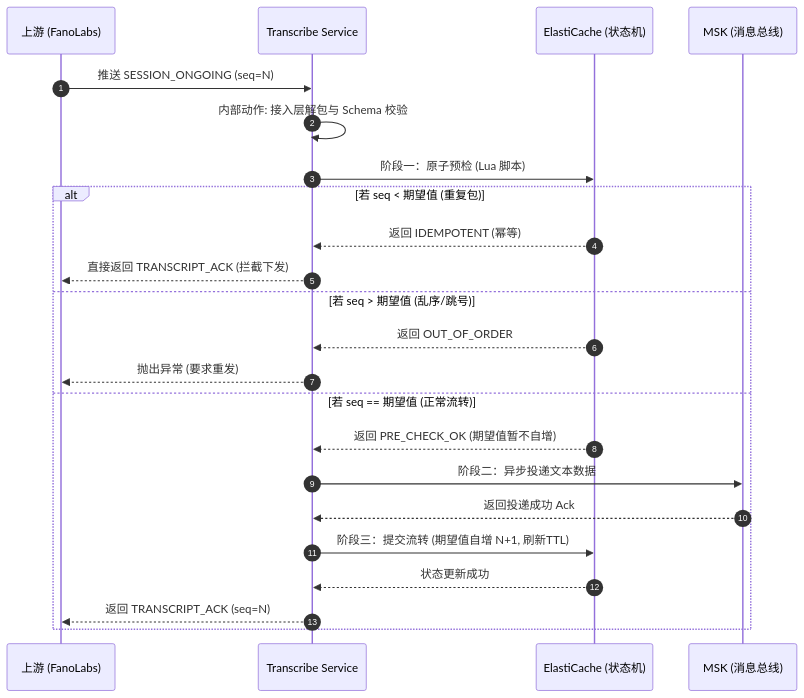
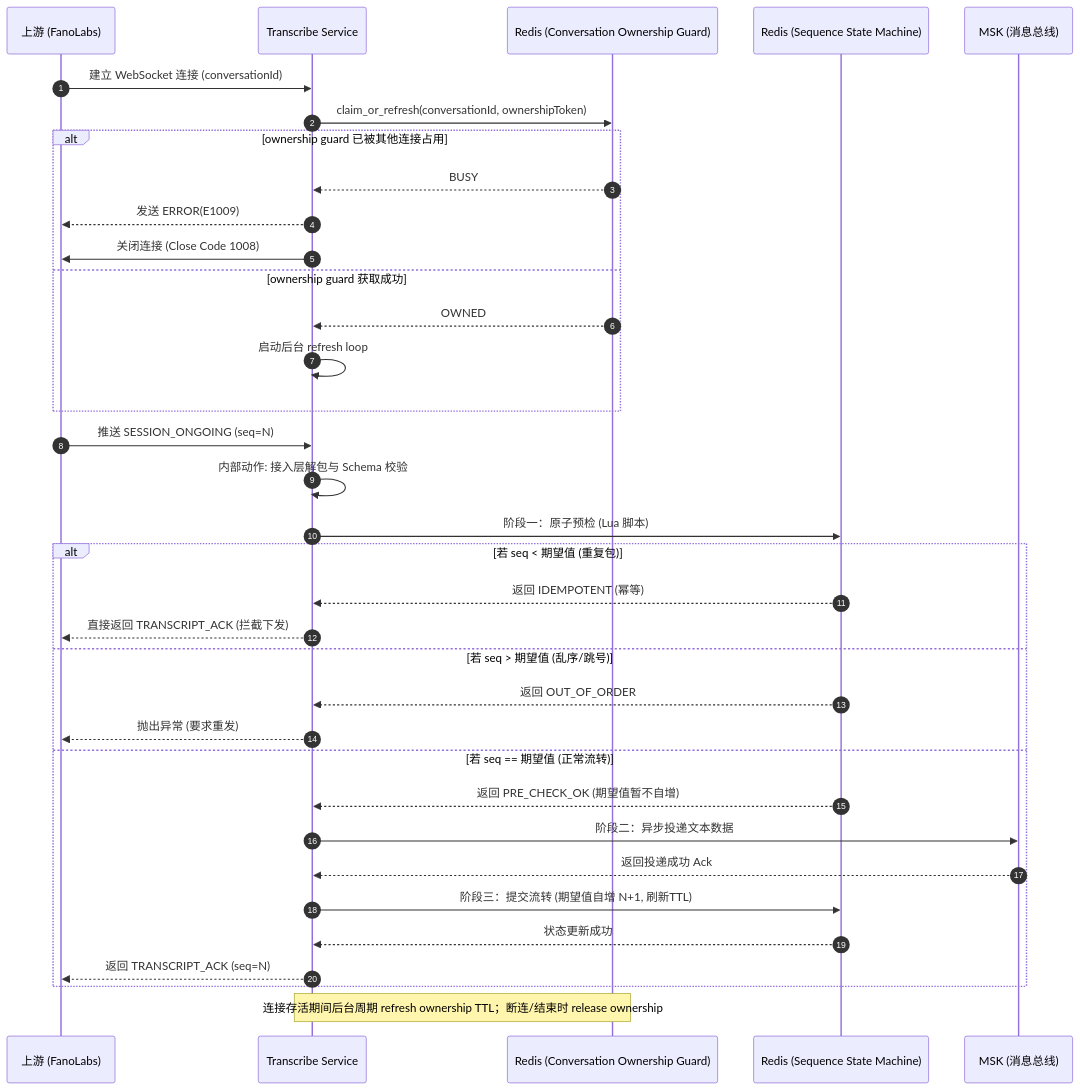
Before and after one commit to xiaodouya001/transcribe_service: the third of 6 diagrams in design/application-design_zh.md, drawn with Mermaid. The commit also changed other lines of this file and 44 other files, not shown here.

Commit message:
Align EOL contract and unify Redis ownership/state modules

````diff
--- a/design/application-design_zh.md
+++ b/design/application-design_zh.md
@@ -114,30 +114,44 @@
 ```mermaid
 sequenceDiagram
     autonumber
     participant Vendor as 上游 (FanoLabs)
     participant Trans as Transcribe Service
-    participant Redis as ElastiCache (状态机)
+    participant RedisOwnership as Redis (Conversation Ownership Guard)
+    participant RedisState as Redis (Sequence State Machine)
     participant Kafka as MSK (消息总线)
+
+    Vendor->>Trans: 建立 WebSocket 连接 (conversationId)
+    Trans->>RedisOwnership: claim_or_refresh(conversationId, ownershipToken)
+    alt ownership guard 已被其他连接占用
+        RedisOwnership-->>Trans: BUSY
+        Trans-->>Vendor: 发送 ERROR(E1009)
+        Trans->>Vendor: 关闭连接 (Close Code 1008)
+    else ownership guard 获取成功
+        RedisOwnership-->>Trans: OWNED
+        Trans->>Trans: 启动后台 refresh loop
+    end
 
     Vendor->>Trans: 推送 SESSION_ONGOING (seq=N)
     Trans->>Trans: 内部动作: 接入层解包与 Schema 校验
-    Trans->>Redis: 阶段一：原子预检 (Lua 脚本)
+    Trans->>RedisState: 阶段一：原子预检 (Lua 脚本)
     
     alt 若 seq < 期望值 (重复包)
-        Redis-->>Trans: 返回 IDEMPOTENT (幂等)
+        RedisState-->>Trans: 返回 IDEMPOTENT (幂等)
         Trans-->>Vendor: 直接返回 TRANSCRIPT_ACK (拦截下发)
     else 若 seq > 期望值 (乱序/跳号)
-        Redis-->>Trans: 返回 OUT_OF_ORDER
+        RedisState-->>Trans: 返回 OUT_OF_ORDER
         Trans-->>Vendor: 抛出异常 (要求重发)
     else 若 seq == 期望值 (正常流转)
-        Redis-->>Trans: 返回 PRE_CHECK_OK (期望值暂不自增)
+        RedisState-->>Trans: 返回 PRE_CHECK_OK (期望值暂不自增)
         
         Trans->>Kafka: 阶段二：异步投递文本数据
         Kafka-->>Trans: 返回投递成功 Ack
         
-        Trans->>Redis: 阶段三：提交流转 (期望值自增 N+1, 刷新TTL)
-        Redis-->>Trans: 状态更新成功
+        Trans->>RedisState: 阶段三：提交流转 (期望值自增 N+1, 刷新TTL)
+        RedisState-->>Trans: 状态更新成功
         
         Trans-->>Vendor: 返回 TRANSCRIPT_ACK (seq=N)
     end
+
+    Note over Trans,RedisOwnership: 连接存活期间后台周期 refresh ownership TTL；断连/结束时 release ownership
 ```
````
